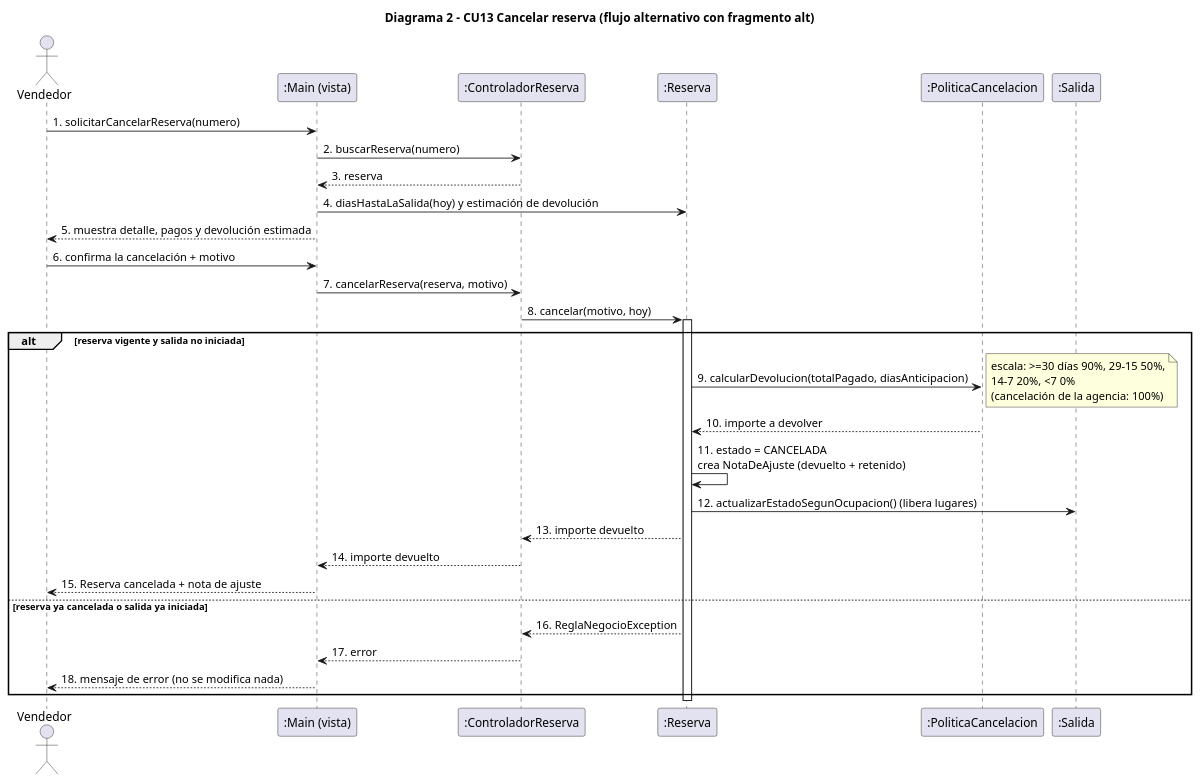
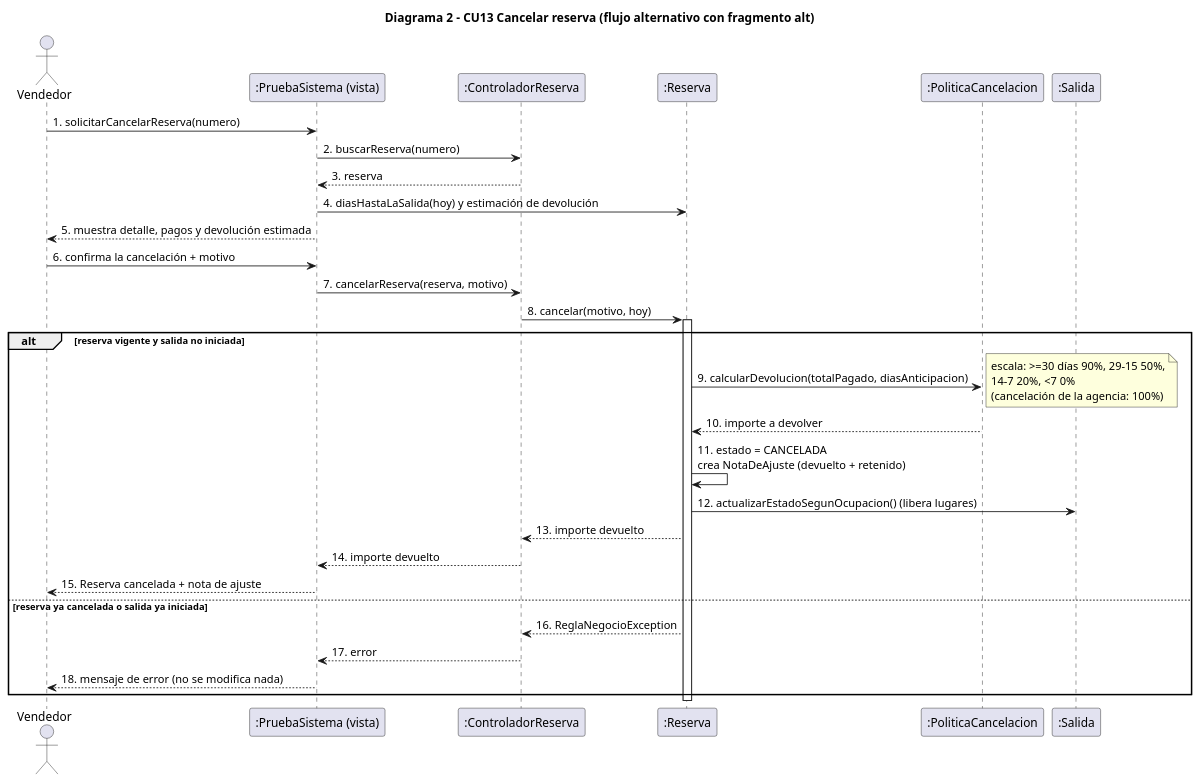
Before and after one commit to dolocerrudo16/tpo-poo: the diagram in docs/uml/secuencia-cu13-cancelar-reserva.puml, drawn with PlantUML. The commit also changed 5 other files, not shown here.

```diff
--- a/docs/uml/secuencia-cu13-cancelar-reserva.puml
+++ b/docs/uml/secuencia-cu13-cancelar-reserva.puml
@@ -1,34 +1,34 @@
 @startuml secuencia-cu13-cancelar-reserva
 title Diagrama 2 - CU13 Cancelar reserva (flujo alternativo con fragmento alt)
 actor Vendedor
-participant ":Main (vista)" as Vista
+participant ":PruebaSistema (vista)" as Vista
 participant ":ControladorReserva" as Ctrl
 participant ":Reserva" as Reserva
 participant ":PoliticaCancelacion" as Politica
 participant ":Salida" as Salida
 
 Vendedor -> Vista : 1. solicitarCancelarReserva(numero)
 Vista -> Ctrl : 2. buscarReserva(numero)
 Ctrl --> Vista : 3. reserva
 Vista -> Reserva : 4. diasHastaLaSalida(hoy) y estimación de devolución
 Vista --> Vendedor : 5. muestra detalle, pagos y devolución estimada
 Vendedor -> Vista : 6. confirma la cancelación + motivo
 Vista -> Ctrl : 7. cancelarReserva(reserva, motivo)
 Ctrl -> Reserva : 8. cancelar(motivo, hoy)
 activate Reserva
 alt reserva vigente y salida no iniciada
   Reserva -> Politica : 9. calcularDevolucion(totalPagado, diasAnticipacion)
   note right: escala: >=30 días 90%, 29-15 50%,\n14-7 20%, <7 0%\n(cancelación de la agencia: 100%)
   Politica --> Reserva : 10. importe a devolver
   Reserva -> Reserva : 11. estado = CANCELADA\ncrea NotaDeAjuste (devuelto + retenido)
   Reserva -> Salida : 12. actualizarEstadoSegunOcupacion() (libera lugares)
   Reserva --> Ctrl : 13. importe devuelto
   Ctrl --> Vista : 14. importe devuelto
   Vista --> Vendedor : 15. Reserva cancelada + nota de ajuste
 else reserva ya cancelada o salida ya iniciada
   Reserva --> Ctrl : 16. ReglaNegocioException
   Ctrl --> Vista : 17. error
   Vista --> Vendedor : 18. mensaje de error (no se modifica nada)
 end
 deactivate Reserva
 @enduml
```
